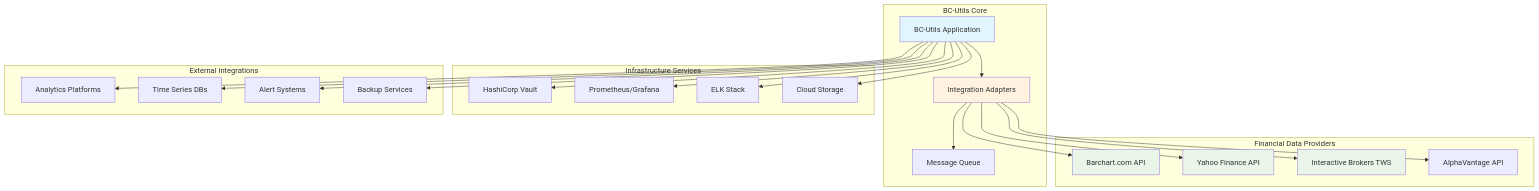
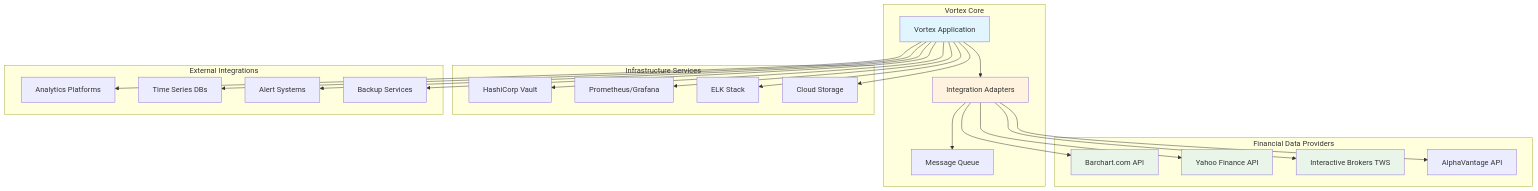
Before and after one commit to makutaku/vortex: the diagram in docs/design/hld/08-integration-design.md, drawn with Mermaid. The commit also changed other lines of this file and 15 other files, not shown here.

First line of the commit message:
Complete documentation rebrand from BC-Utils to Vortex

````diff
--- a/docs/design/hld/08-integration-design.md
+++ b/docs/design/hld/08-integration-design.md
@@ -20,53 +20,53 @@
 ```mermaid
 graph TB
-    subgraph "BC-Utils Core"
-        Core[BC-Utils Application]
+    subgraph "Vortex Core"
+        Core[Vortex Application]
         Adapter[Integration Adapters]
         Queue[Message Queue]
     end
     
     subgraph "Financial Data Providers"
         Barchart[Barchart.com API]
         Yahoo[Yahoo Finance API]
         IBKR[Interactive Brokers TWS]
         Alpha[AlphaVantage API]
     end
     
     subgraph "Infrastructure Services"
         Vault[HashiCorp Vault]
         Monitoring[Prometheus/Grafana]
         Logging[ELK Stack]
         Storage[Cloud Storage]
     end
     
     subgraph "External Integrations"
         Analytics[Analytics Platforms]
         Databases[Time Series DBs]
         Notifications[Alert Systems]
         Backup[Backup Services]
     end
     
     Core --> Adapter
     Adapter --> Queue
     
     Adapter --> Barchart
     Adapter --> Yahoo
     Adapter --> IBKR
     Adapter --> Alpha
     
     Core --> Vault
     Core --> Monitoring
     Core --> Logging
     Core --> Storage
     
     Core --> Analytics
     Core --> Databases
     Core --> Notifications
     Core --> Backup
     
     style Core fill:#e1f5fe
     style Adapter fill:#fff3e0
     style Barchart fill:#e8f5e8
     style Yahoo fill:#e8f5e8
     style IBKR fill:#e8f5e8
 ```
````
